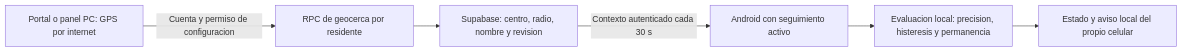
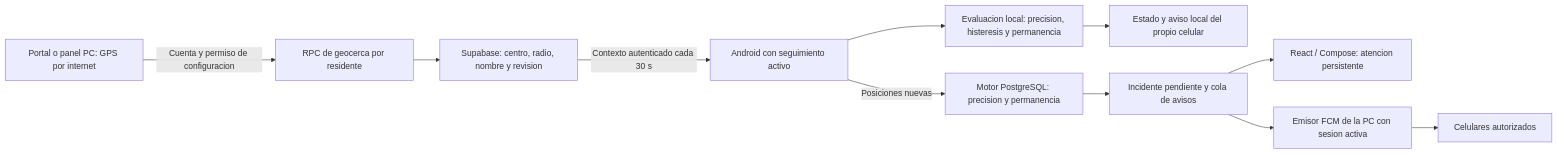
One commit to hfreedo/SFA-Asistencia-Anticaidas changed the diagram in docs/PRUEBA_GEOCERCA_INTERNET.md. Above: the diagram before and after it, drawn with Mermaid. The commit also changed other lines of this file and 25 other files, not shown here.

````diff
--- a/docs/PRUEBA_GEOCERCA_INTERNET.md
+++ b/docs/PRUEBA_GEOCERCA_INTERNET.md
@@ -10,8 +10,13 @@
 ```mermaid
 flowchart LR
   W[Portal o panel PC: GPS por internet] -->|Cuenta y permiso de configuracion| R[RPC de geocerca por residente]
   R --> S[Supabase: centro, radio, nombre y revision]
   S -->|Contexto autenticado cada 30 s| A[Android con seguimiento activo]
   A --> E[Evaluacion local: precision, histeresis y permanencia]
   E --> L[Estado y aviso local del propio celular]
+  A -->|Posiciones nuevas| G[Motor PostgreSQL: precision y permanencia]
+  G --> I[Incidente pendiente y cola de avisos]
+  I --> C[React / Compose: atencion persistente]
+  I --> P[Emisor FCM de la PC con sesion activa]
+  P --> N[Celulares autorizados]
 ```
````
